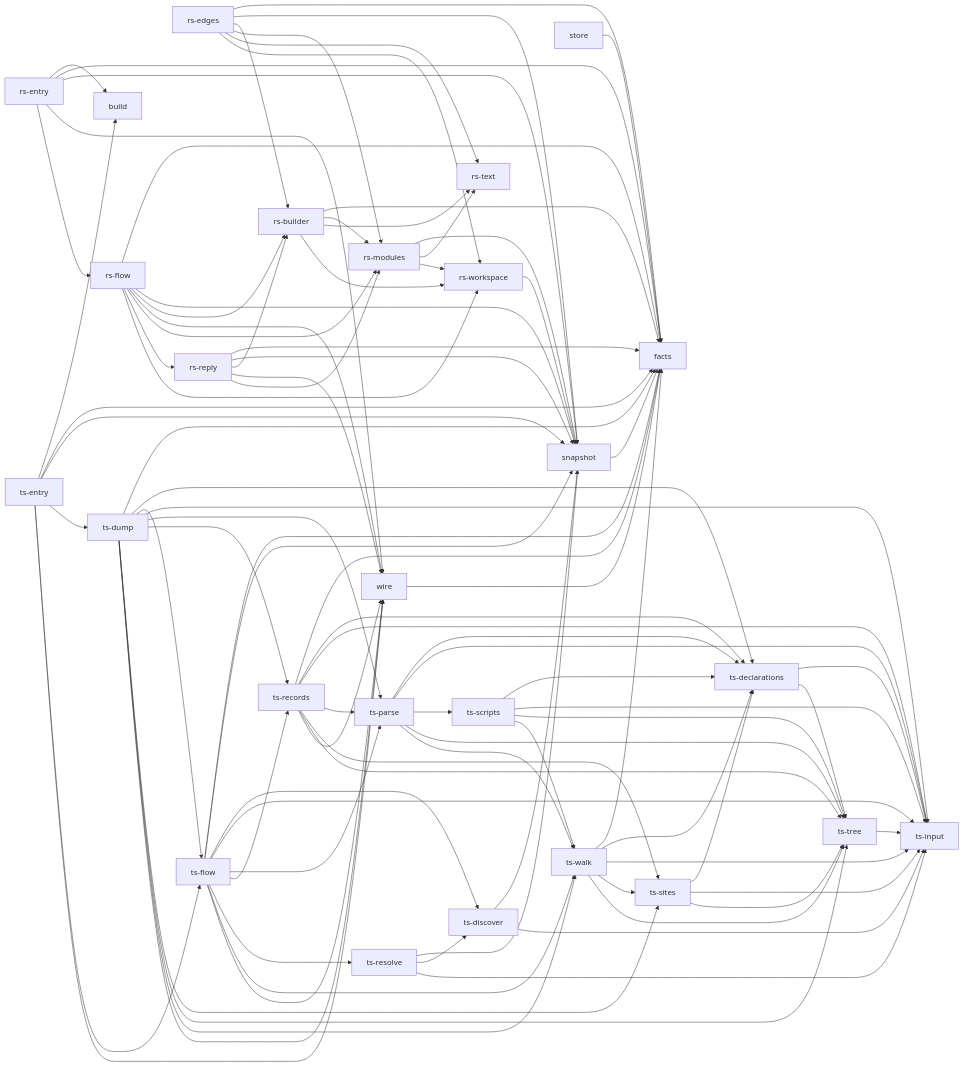
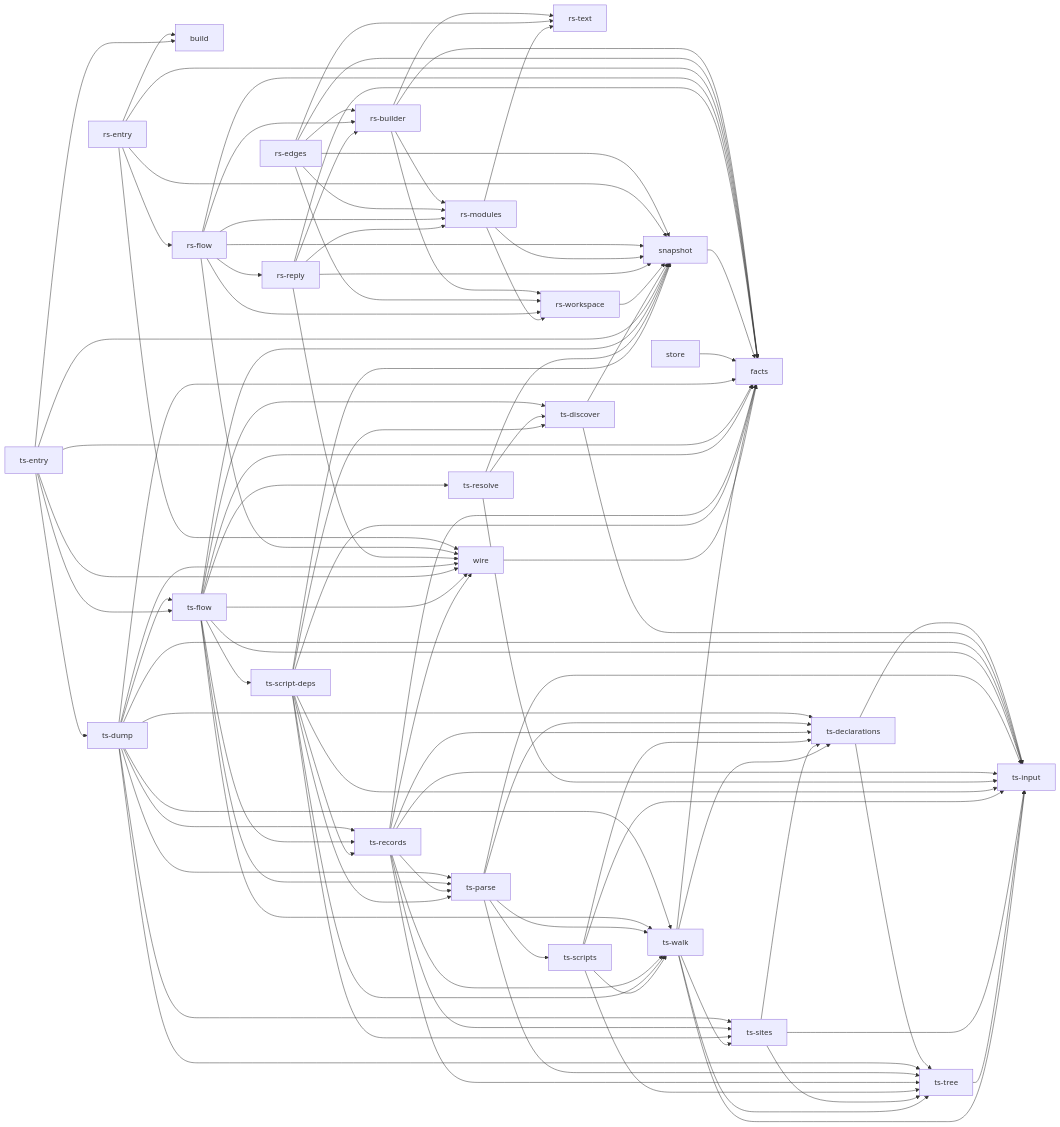
Before and after one commit to rapiddweller/archkeel: the diagram in docs/architecture/native.md, drawn with Mermaid. The commit also changed 73 other files, not shown here.

````diff
--- a/docs/architecture/native.md
+++ b/docs/architecture/native.md
@@ -51,15 +51,47 @@
     n_18["ts-parse"]
     n_19["ts-records"]
     n_20["ts-resolve"]
-    n_21["ts-scripts"]
-    n_22["ts-sites"]
-    n_23["ts-tree"]
-    n_24["ts-walk"]
-    n_25["wire"]
+    n_21["ts-script-deps"]
+    n_22["ts-scripts"]
+    n_23["ts-sites"]
+    n_24["ts-tree"]
+    n_25["ts-walk"]
+    n_26["wire"]
+    n_2 --> n_1
+    n_2 --> n_6
+    n_2 --> n_8
+    n_2 --> n_9
+    n_3 --> n_1
+    n_3 --> n_2
+    n_3 --> n_6
+    n_3 --> n_8
+    n_3 --> n_9
+    n_3 --> n_10
+    n_4 --> n_0
+    n_4 --> n_1
+    n_4 --> n_5
+    n_4 --> n_10
+    n_4 --> n_26
+    n_5 --> n_1
+    n_5 --> n_2
+    n_5 --> n_6
+    n_5 --> n_7
+    n_5 --> n_9
+    n_5 --> n_10
+    n_5 --> n_26
+    n_6 --> n_8
+    n_6 --> n_9
+    n_6 --> n_10
+    n_7 --> n_1
+    n_7 --> n_2
+    n_7 --> n_6
+    n_7 --> n_10
+    n_7 --> n_26
+    n_9 --> n_10
     n_10 --> n_1
     n_11 --> n_1
     n_12 --> n_17
-    n_12 --> n_23
+    n_12 --> n_24
     n_13 --> n_10
     n_13 --> n_17
     n_14 --> n_1
@@ -68,16 +100,16 @@
     n_14 --> n_17
     n_14 --> n_18
     n_14 --> n_19
-    n_14 --> n_22
     n_14 --> n_23
     n_14 --> n_24
     n_14 --> n_25
+    n_14 --> n_26
     n_15 --> n_0
     n_15 --> n_1
     n_15 --> n_10
     n_15 --> n_14
     n_15 --> n_16
-    n_15 --> n_25
+    n_15 --> n_26
     n_16 --> n_1
     n_16 --> n_10
     n_16 --> n_13
@@ -85,66 +117,45 @@
     n_16 --> n_18
     n_16 --> n_19
     n_16 --> n_20
-    n_16 --> n_24
+    n_16 --> n_21
     n_16 --> n_25
+    n_16 --> n_26
     n_18 --> n_12
     n_18 --> n_17
-    n_18 --> n_21
-    n_18 --> n_23
+    n_18 --> n_22
     n_18 --> n_24
+    n_18 --> n_25
     n_19 --> n_1
     n_19 --> n_12
     n_19 --> n_17
     n_19 --> n_18
-    n_19 --> n_22
     n_19 --> n_23
+    n_19 --> n_24
     n_19 --> n_25
-    n_2 --> n_1
-    n_2 --> n_6
-    n_2 --> n_8
-    n_2 --> n_9
+    n_19 --> n_26
     n_20 --> n_10
     n_20 --> n_13
     n_20 --> n_17
-    n_21 --> n_12
+    n_21 --> n_1
+    n_21 --> n_10
+    n_21 --> n_13
     n_21 --> n_17
+    n_21 --> n_18
+    n_21 --> n_19
     n_21 --> n_23
-    n_21 --> n_24
+    n_21 --> n_25
     n_22 --> n_12
     n_22 --> n_17
-    n_22 --> n_23
+    n_22 --> n_24
+    n_22 --> n_25
+    n_23 --> n_12
     n_23 --> n_17
-    n_24 --> n_1
-    n_24 --> n_12
+    n_23 --> n_24
     n_24 --> n_17
-    n_24 --> n_22
-    n_24 --> n_23
     n_25 --> n_1
-    n_3 --> n_1
-    n_3 --> n_10
-    n_3 --> n_2
-    n_3 --> n_6
-    n_3 --> n_8
-    n_3 --> n_9
-    n_4 --> n_0
-    n_4 --> n_1
-    n_4 --> n_10
-    n_4 --> n_25
-    n_4 --> n_5
-    n_5 --> n_1
-    n_5 --> n_10
-    n_5 --> n_2
-    n_5 --> n_25
-    n_5 --> n_6
-    n_5 --> n_7
-    n_5 --> n_9
-    n_6 --> n_10
-    n_6 --> n_8
-    n_6 --> n_9
-    n_7 --> n_1
-    n_7 --> n_10
-    n_7 --> n_2
-    n_7 --> n_25
-    n_7 --> n_6
-    n_9 --> n_10
+    n_25 --> n_12
+    n_25 --> n_17
+    n_25 --> n_23
+    n_25 --> n_24
+    n_26 --> n_1
 ```
````
